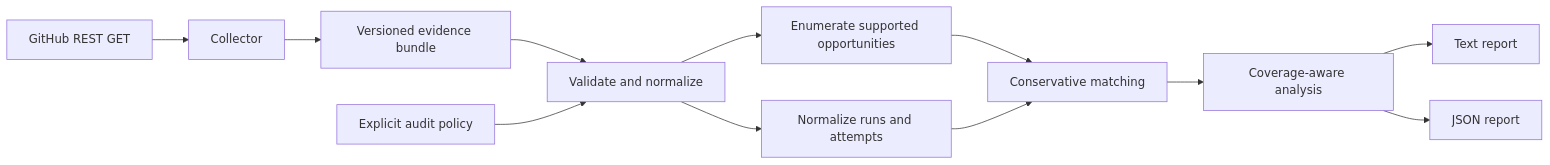
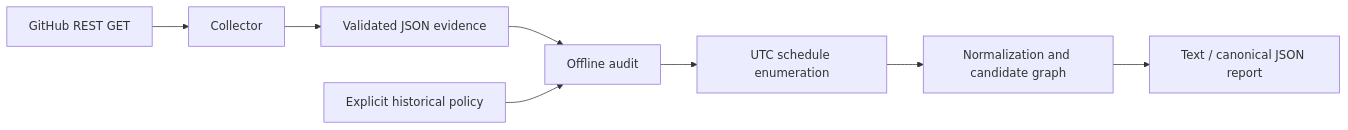
Before and after one commit to WheelOfBalls/CronTrace: the diagram in docs/ARCHITECTURE.md, drawn with Mermaid. The commit also changed other lines of this file and 26 other files, not shown here.

````diff
--- a/docs/ARCHITECTURE.md
+++ b/docs/ARCHITECTURE.md
@@ -15,14 +5,10 @@
 ```mermaid
 flowchart LR
   GH[GitHub REST GET] --> C[Collector]
-  C --> B[Versioned evidence bundle]
-  B --> V[Validate and normalize]
-  P[Explicit audit policy] --> V
-  V --> E[Enumerate supported opportunities]
-  V --> R[Normalize runs and attempts]
-  E --> M[Conservative matching]
-  R --> M
-  M --> Q[Coverage-aware analysis]
-  Q --> T[Text report]
-  Q --> J[JSON report]
+  C --> B[Validated JSON evidence]
+  B --> A[Offline audit]
+  P[Explicit historical policy] --> A
+  A --> S[UTC schedule enumeration]
+  S --> R[Normalization and candidate graph]
+  R --> O[Text / canonical JSON report]
 ```
````
